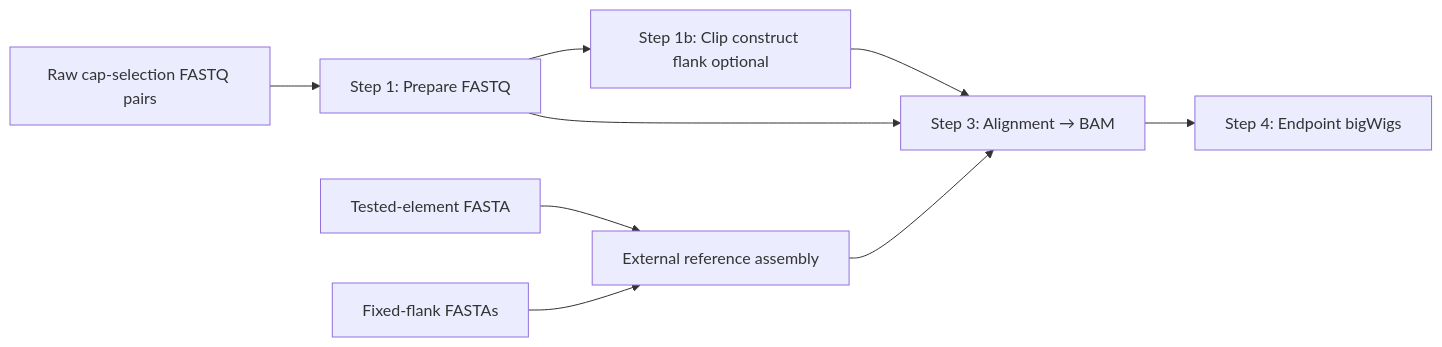
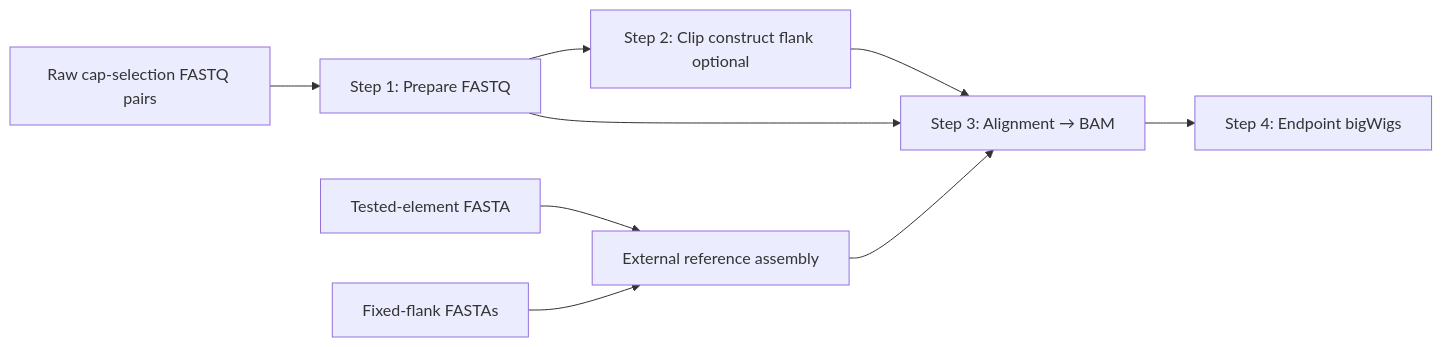
The diagram in docs/cap-selection/workflow.md (haiyuan-yu-lab/reporter-assay-pipeline-doc), drawn with Mermaid before and after one commit. The commit also changed other lines of this file and 3 other files, not shown here.

Commit message:
Document optional CAP Step 2 clipping

````diff
--- a/docs/cap-selection/workflow.md
+++ b/docs/cap-selection/workflow.md
@@ -30,14 +30,14 @@
 ```mermaid
 flowchart LR
     RAW[Raw cap-selection FASTQ pairs]
     ELEMENTS[Tested-element FASTA]
     ADAPTERS[Fixed-flank FASTAs]
     RAW --> S1[Step 1: Prepare FASTQ]
-    S1 --> S1B[Step 1b: Clip construct flank optional]
-    S1B --> S3[Step 3: Alignment → BAM]
+    S1 --> S2[Step 2: Clip construct flank optional]
+    S2 --> S3[Step 3: Alignment → BAM]
     S1 --> S3
     ELEMENTS --> ASM[External reference assembly]
     ADAPTERS --> ASM
     ASM --> S3
     S3 --> S4[Step 4: Endpoint bigWigs]
 ```
````
